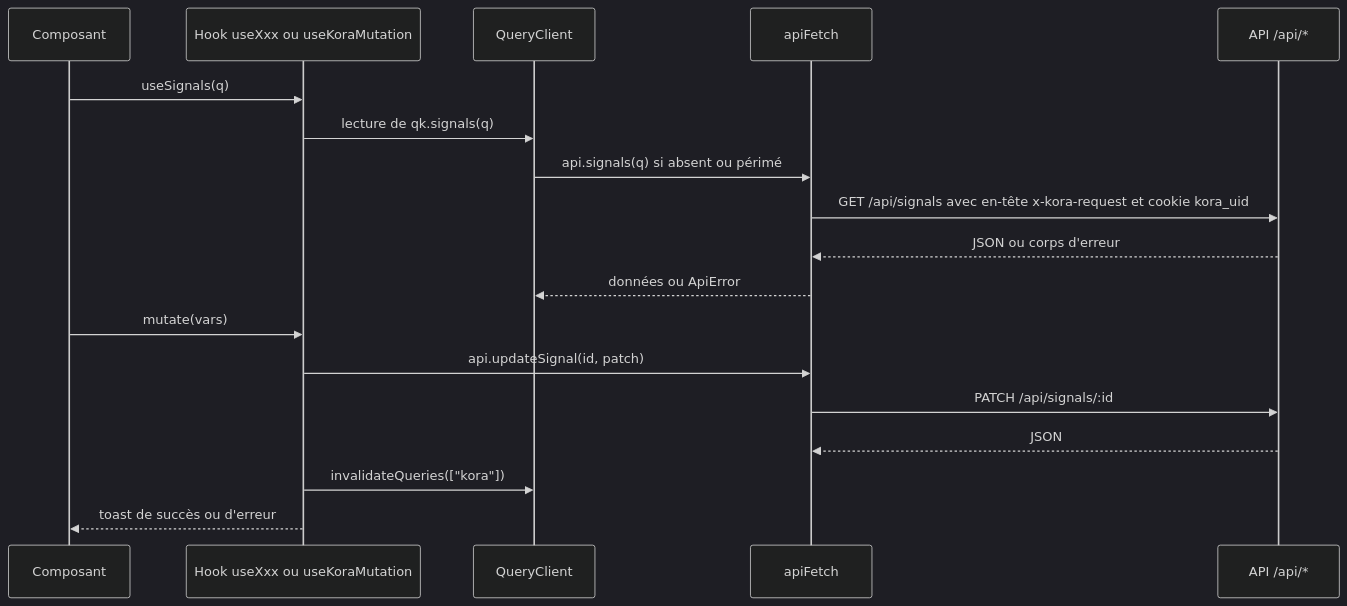
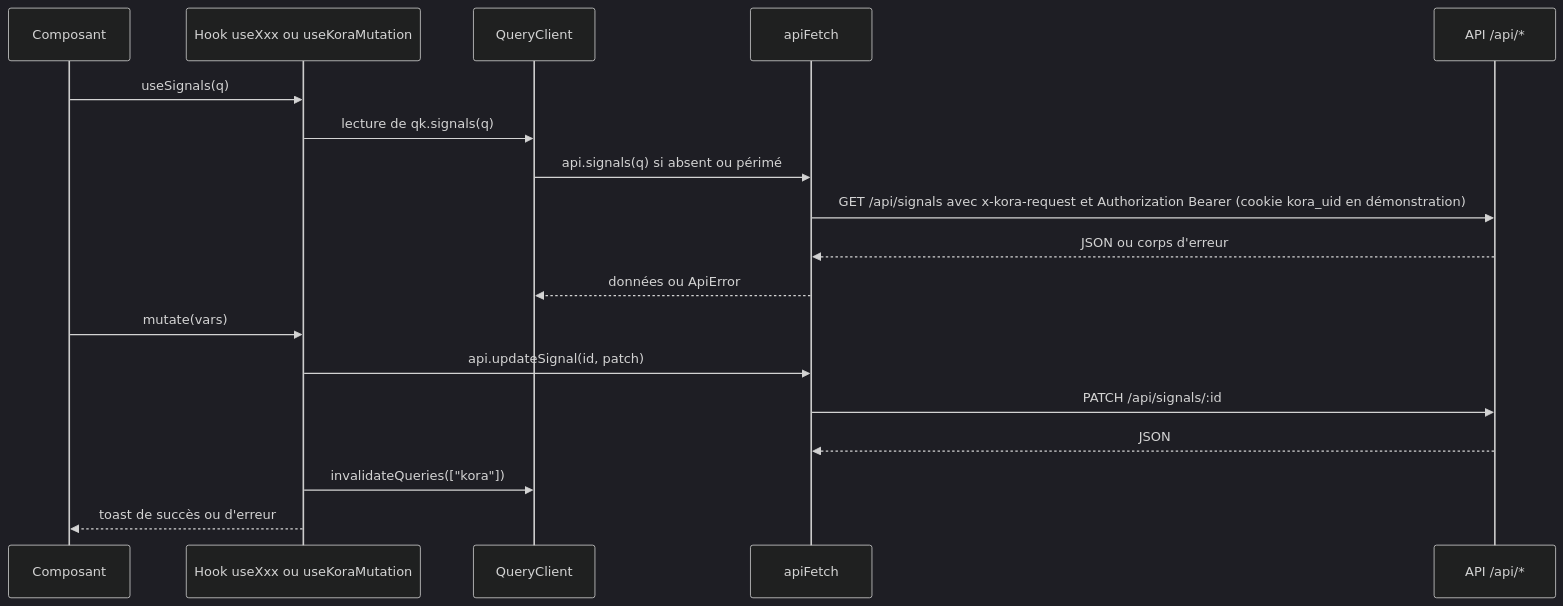
Before and after one commit to Makk7709/koraino: the second of 2 diagrams in docs/07-frontend.md, drawn with Mermaid (dark theme). The commit also changed other lines of this file and 13 other files, not shown here.

````diff
--- a/docs/07-frontend.md
+++ b/docs/07-frontend.md
@@ -270,20 +281,20 @@
 ```mermaid
 sequenceDiagram
   participant C as Composant
   participant H as Hook useXxx ou useKoraMutation
   participant Q as QueryClient
   participant F as apiFetch
   participant S as API /api/*
   C->>H: useSignals(q)
   H->>Q: lecture de qk.signals(q)
   Q->>F: api.signals(q) si absent ou périmé
-  F->>S: GET /api/signals avec en-tête x-kora-request et cookie kora_uid
+  F->>S: GET /api/signals avec x-kora-request et Authorization Bearer (cookie kora_uid en démonstration)
   S-->>F: JSON ou corps d'erreur
   F-->>Q: données ou ApiError
   C->>H: mutate(vars)
   H->>F: api.updateSignal(id, patch)
   F->>S: PATCH /api/signals/:id
   S-->>F: JSON
   H->>Q: invalidateQueries(["kora"])
   H-->>C: toast de succès ou d'erreur
 ```
````
